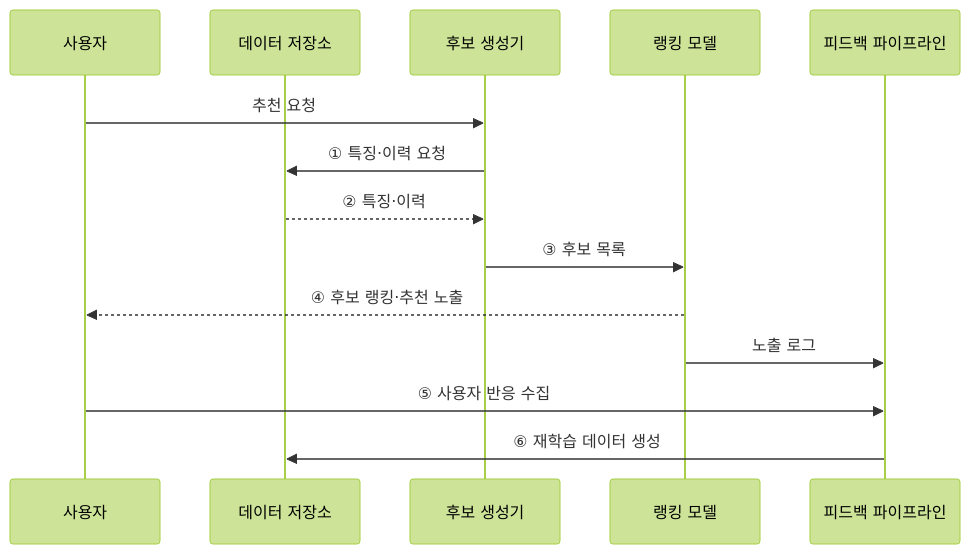
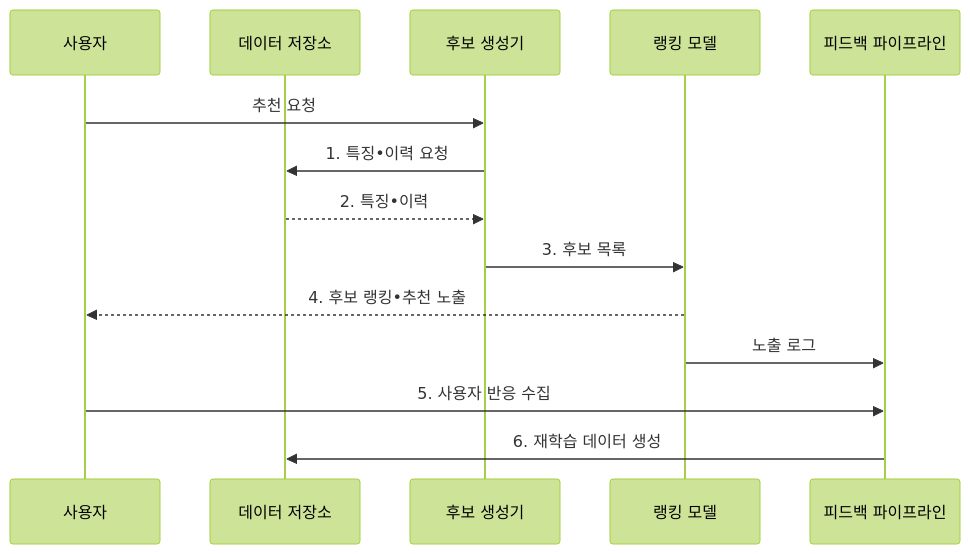
Before and after one commit to agnusdei1207/knowledge-base: the second of 2 diagrams in src/content/docs/notes/01-basic-theory/054_recommendation_system.md, drawn with Mermaid (forest theme). The commit also changed other lines of this file and 20 other files, not shown here.

````diff
--- a/src/content/docs/notes/01-basic-theory/054_recommendation_system.md
+++ b/src/content/docs/notes/01-basic-theory/054_recommendation_system.md
@@ -81,16 +86,16 @@
 ```mermaid
 sequenceDiagram
     participant U as 사용자
     participant D as 데이터 저장소
     participant C as 후보 생성기
     participant R as 랭킹 모델
     participant P as 피드백 파이프라인
     U->>C: 추천 요청
-    C->>D: ① 특징·이력 요청
-    D-->>C: ② 특징·이력
-    C->>R: ③ 후보 목록
-    R-->>U: ④ 후보 랭킹·추천 노출
+    C->>D: 1. 특징•이력 요청
+    D-->>C: 2. 특징•이력
+    C->>R: 3. 후보 목록
+    R-->>U: 4. 후보 랭킹•추천 노출
     R->>P: 노출 로그
-    U->>P: ⑤ 사용자 반응 수집
-    P->>D: ⑥ 재학습 데이터 생성
+    U->>P: 5. 사용자 반응 수집
+    P->>D: 6. 재학습 데이터 생성
 ```
````
